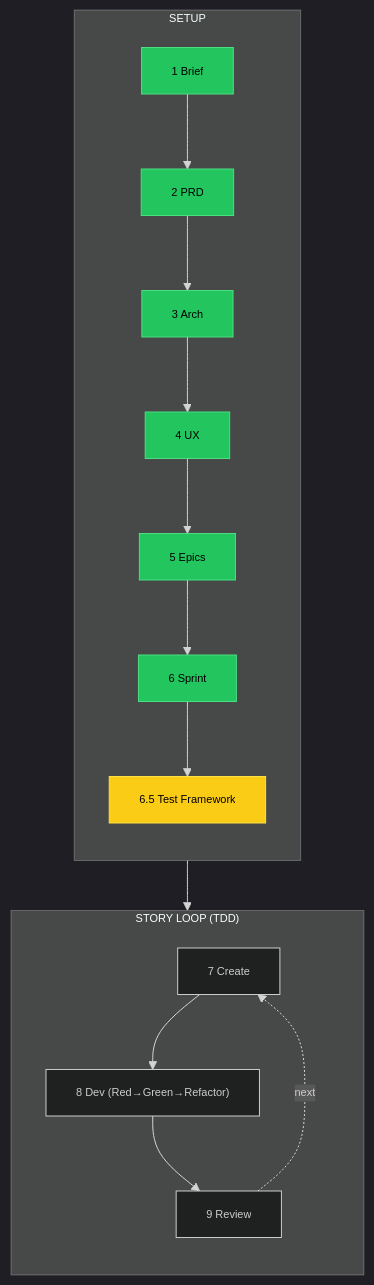
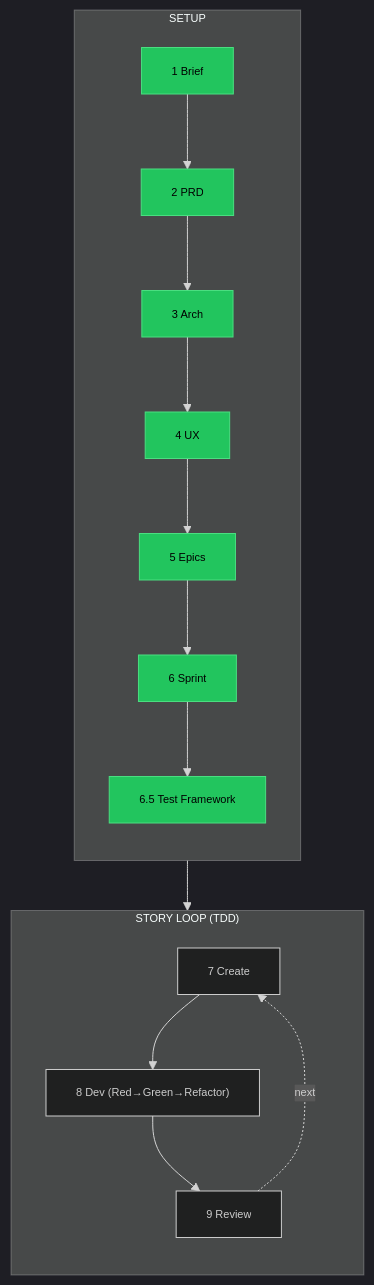
The diagram in docs/BMAD-TIMELINE.md (mgerasolo/the-keep), drawn with Mermaid before and after one commit. The commit also changed other lines of this file, not shown here.

Commit message:
docs: mark test framework step complete in BMAD timeline

````diff
--- a/docs/BMAD-TIMELINE.md
+++ b/docs/BMAD-TIMELINE.md
@@ -10,34 +10,34 @@
 ```mermaid
 %%{init: {'theme': 'dark', 'themeVariables': { 'fontSize': '11px'}}}%%
 flowchart TB
     subgraph SETUP["SETUP"]
         direction TB
         S1["1 Brief"]
         S2["2 PRD"]
         S3["3 Arch"]
         S4["4 UX"]
         S5["5 Epics"]
         S6["6 Sprint"]
         S7["6.5 Test Framework"]
         S1 --> S2 --> S3 --> S4 --> S5 --> S6 --> S7
     end
 
     subgraph LOOP["STORY LOOP (TDD)"]
         direction TB
         L7["7 Create"]
         L8["8 Dev (Red→Green→Refactor)"]
         L9["9 Review"]
         L7 --> L8 --> L9
         L9 -.->|next| L7
     end
 
     S7 --> LOOP
 
     style S1 fill:#22c55e,stroke:#4ade80,color:#000
     style S2 fill:#22c55e,stroke:#4ade80,color:#000
     style S3 fill:#22c55e,stroke:#4ade80,color:#000
     style S4 fill:#22c55e,stroke:#4ade80,color:#000
     style S5 fill:#22c55e,stroke:#4ade80,color:#000
     style S6 fill:#22c55e,stroke:#4ade80,color:#000
-    style S7 fill:#facc15,stroke:#fde047,color:#000
+    style S7 fill:#22c55e,stroke:#4ade80,color:#000
 ```
````
